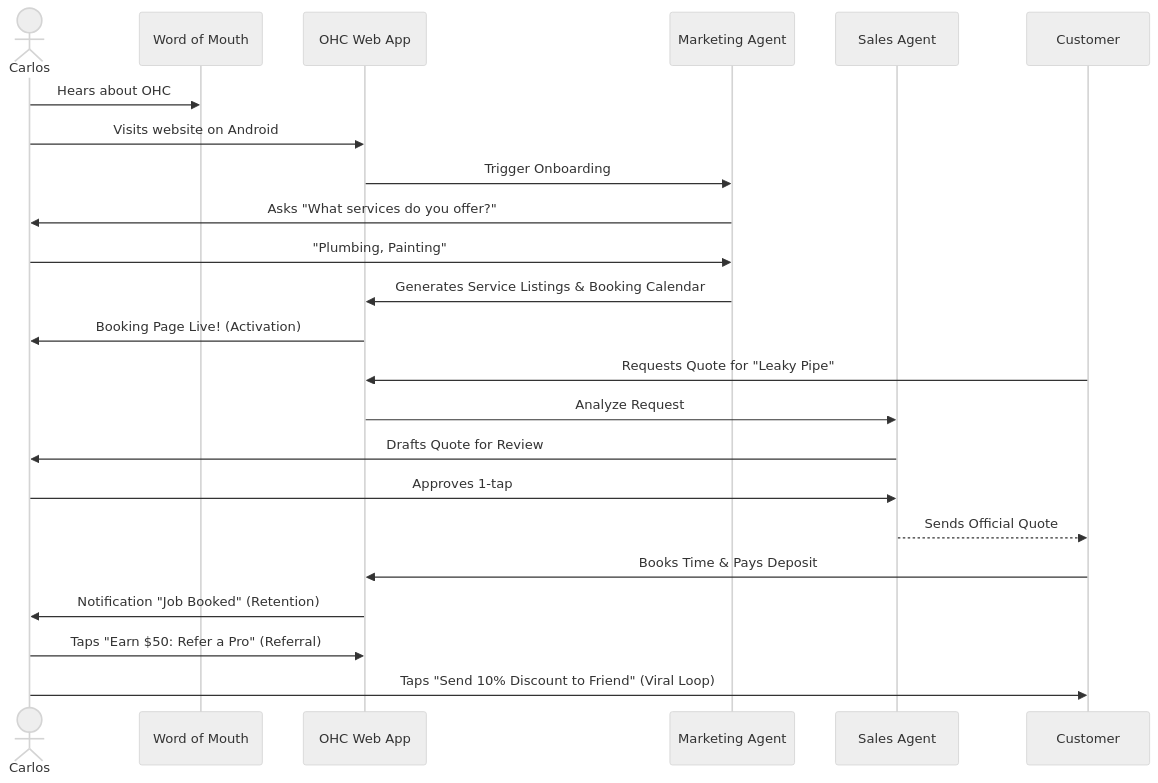
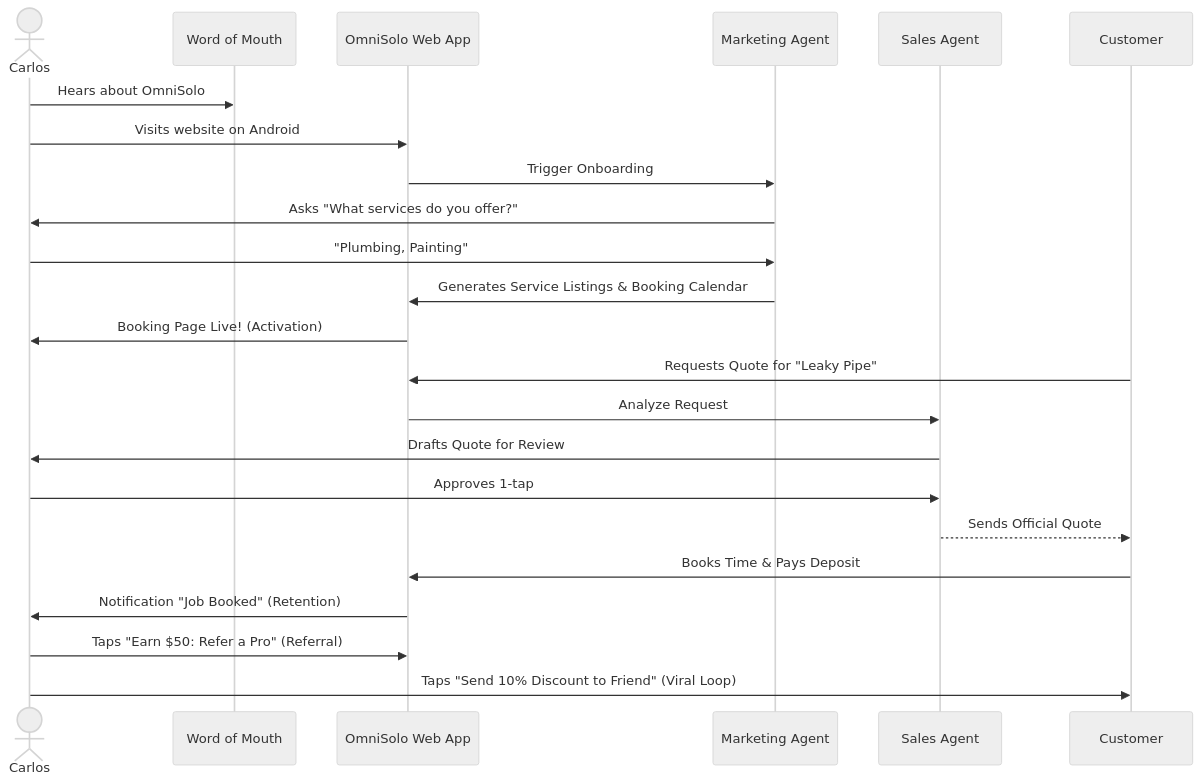
One commit to omnisolo-llc/onehumancorp changed the second of 5 diagrams in docs/research/[architecture]_end_to_end_business_journey_detailed.md. Above: the diagram before and after it, drawn with Mermaid (neutral theme). The commit also changed other lines of this file and 2191 other files, not shown here.

Commit message:
feat: complete OmniSolo rename and browser audit

````diff
--- a/docs/research/[architecture]_end_to_end_business_journey_detailed.md
+++ b/docs/research/[architecture]_end_to_end_business_journey_detailed.md
@@ -71,26 +71,26 @@
 ```mermaid
 sequenceDiagram
     actor Carlos
     participant WoM as Word of Mouth
-    participant OHC as OHC Web App
+    participant OmniSolo as OmniSolo Web App
     participant AI_Mark as Marketing Agent
     participant AI_Sales as Sales Agent
     participant Cust as Customer
 
-    Carlos->>WoM: Hears about OHC
-    Carlos->>OHC: Visits website on Android
-    OHC->>AI_Mark: Trigger Onboarding
+    Carlos->>WoM: Hears about OmniSolo
+    Carlos->>OmniSolo: Visits website on Android
+    OmniSolo->>AI_Mark: Trigger Onboarding
     AI_Mark->>Carlos: Asks "What services do you offer?"
     Carlos->>AI_Mark: "Plumbing, Painting"
-    AI_Mark->>OHC: Generates Service Listings & Booking Calendar
-    OHC->>Carlos: Booking Page Live! (Activation)
-    Cust->>OHC: Requests Quote for "Leaky Pipe"
-    OHC->>AI_Sales: Analyze Request
+    AI_Mark->>OmniSolo: Generates Service Listings & Booking Calendar
+    OmniSolo->>Carlos: Booking Page Live! (Activation)
+    Cust->>OmniSolo: Requests Quote for "Leaky Pipe"
+    OmniSolo->>AI_Sales: Analyze Request
     AI_Sales->>Carlos: Drafts Quote for Review
     Carlos->>AI_Sales: Approves 1-tap
     AI_Sales-->>Cust: Sends Official Quote
-    Cust->>OHC: Books Time & Pays Deposit
-    OHC->>Carlos: Notification "Job Booked" (Retention)
-    Carlos->>OHC: Taps "Earn $50: Refer a Pro" (Referral)
+    Cust->>OmniSolo: Books Time & Pays Deposit
+    OmniSolo->>Carlos: Notification "Job Booked" (Retention)
+    Carlos->>OmniSolo: Taps "Earn $50: Refer a Pro" (Referral)
     Carlos->>Cust: Taps "Send 10% Discount to Friend" (Viral Loop)
 ```
````
